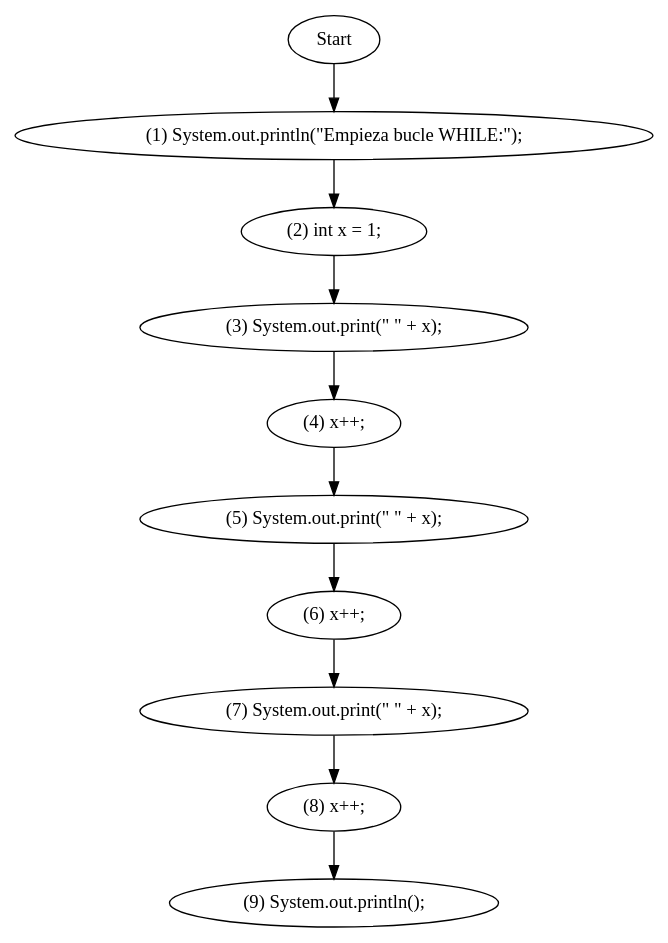
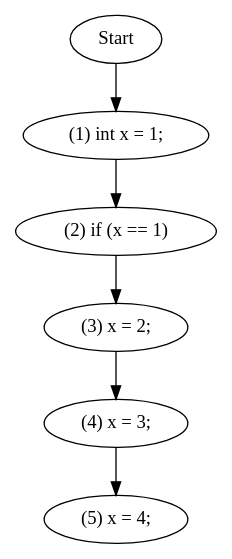
Before and after one commit to darshok/ltd_project_2: the diagram in dotsource.dot, drawn with Graphviz. The commit also changed 7 other files, not shown here.

```diff
--- a/dotsource.dot
+++ b/dotsource.dot
@@ -1,2 +1,2 @@
 digraph G {
-Start->"(1) System.out.println(\"Empieza bucle WHILE:\");";"(1) System.out.println(\"Empieza bucle WHILE:\");"->"(2) int x = 1;";"(2) int x = 1;"->"(3) System.out.print(\" \" + x);";"(3) System.out.print(\" \" + x);"->"(4) x++;";"(4) x++;"->"(5) System.out.print(\" \" + x);";"(5) System.out.print(\" \" + x);"->"(6) x++;";"(6) x++;"->"(7) System.out.print(\" \" + x);";"(7) System.out.print(\" \" + x);"->"(8) x++;";"(8) x++;"->"(9) System.out.println();";}
+Start->"(1) int x = 1;";"(1) int x = 1;"->"(2) if (x == 1)";"(2) if (x == 1)"->"(3) x = 2;";"(3) x = 2;"->"(4) x = 3;";"(4) x = 3;"->"(5) x = 4;";}
```
